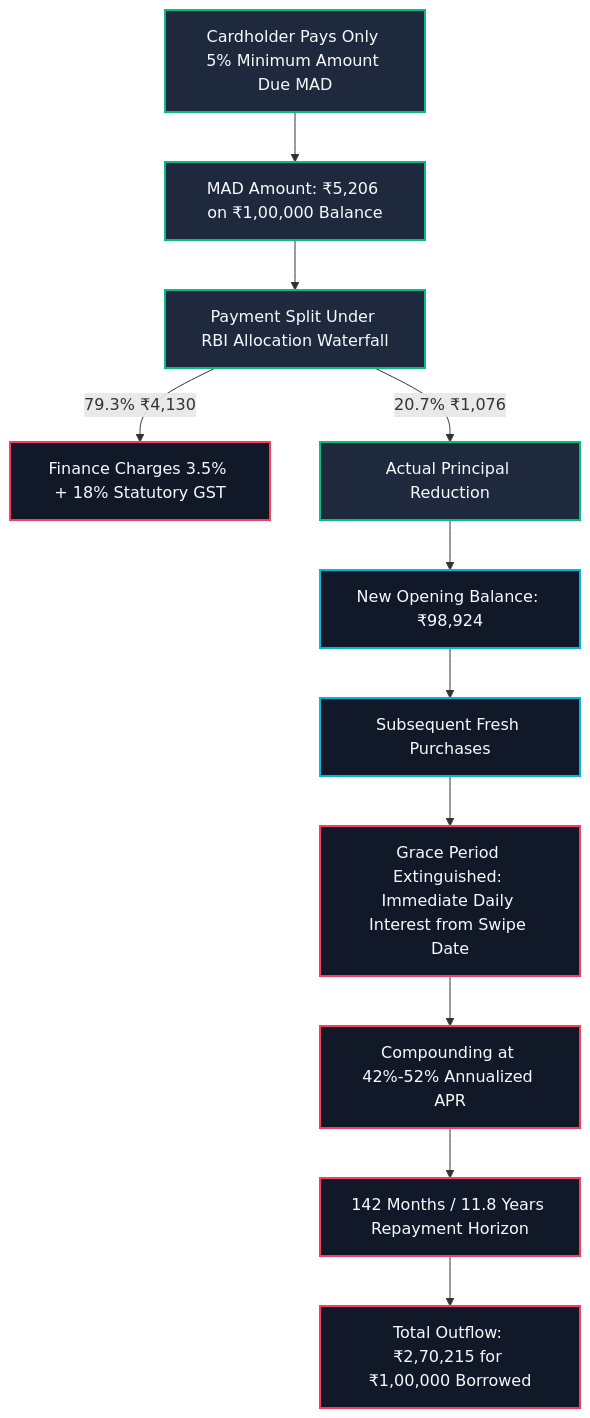
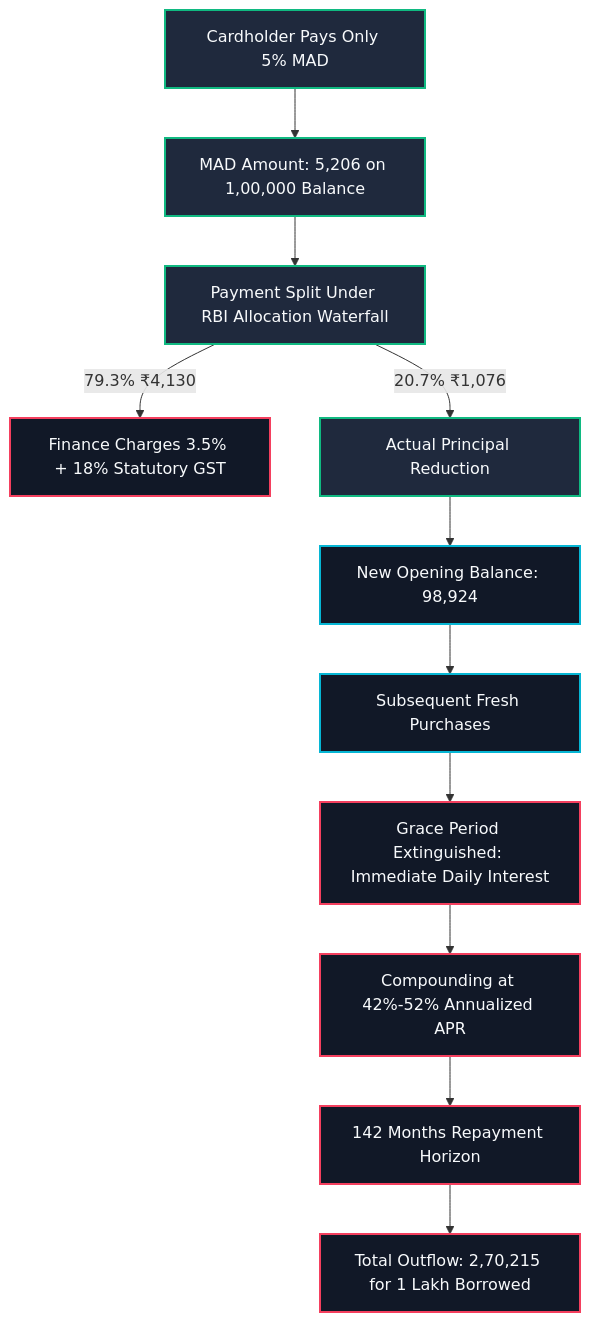
The diagram in src/content/articles/credit-card-apr-revolving-debt-trap.md (chirag127/investiq-zero-debt-india), drawn with Mermaid before and after one commit. The commit also changed 6 other files, not shown here.

Commit message:
fix: sanitize mermaid node labels with clean quoted strings for robust SVG rendering

````diff
--- a/src/content/articles/credit-card-apr-revolving-debt-trap.md
+++ b/src/content/articles/credit-card-apr-revolving-debt-trap.md
@@ -60,20 +60,20 @@
 ```mermaid
 graph TD
-    A[Cardholder Pays Only 5% Minimum Amount Due MAD] --> B[MAD Amount: ₹5,206 on ₹1,00,000 Balance]
-    B --> C[Payment Split Under RBI Allocation Waterfall]
-    C -->|79.3% ₹4,130| D[Finance Charges 3.5% + 18% Statutory GST]
-    C -->|20.7% ₹1,076| E[Actual Principal Reduction]
-    E --> F[New Opening Balance: ₹98,924]
-    F --> G[Subsequent Fresh Purchases]
-    G --> H[Grace Period Extinguished: Immediate Daily Interest from Swipe Date]
-    H --> I[Compounding at 42%-52% Annualized APR]
-    I --> J[142 Months / 11.8 Years Repayment Horizon]
-    J --> K[Total Outflow: ₹2,70,215 for ₹1,00,000 Borrowed]
+    A["Cardholder Pays Only 5% MAD"] --> B["MAD Amount: 5,206 on 1,00,000 Balance"]
+    B --> C["Payment Split Under RBI Allocation Waterfall"]
+    C -->|79.3% ₹4,130| D["Finance Charges 3.5% + 18% Statutory GST"]
+    C -->|20.7% ₹1,076| E["Actual Principal Reduction"]
+    E --> F["New Opening Balance: 98,924"]
+    F --> G["Subsequent Fresh Purchases"]
+    G --> H["Grace Period Extinguished: Immediate Daily Interest"]
+    H --> I["Compounding at 42%-52% Annualized APR"]
+    I --> J["142 Months Repayment Horizon"]
+    J --> K["Total Outflow: 2,70,215 for 1 Lakh Borrowed"]
 
     classDef primary fill:#1f293d,stroke:#10b981,stroke-width:2px,color:#f8fafc;
     classDef highlight fill:#111827,stroke:#06b6d4,stroke-width:2px,color:#f8fafc;
     classDef alert fill:#111827,stroke:#f43f5e,stroke-width:2px,color:#f8fafc;
     class A,B,C,E primary;
     class F,G highlight;
     class D,H,I,J,K alert;
 ```
````
